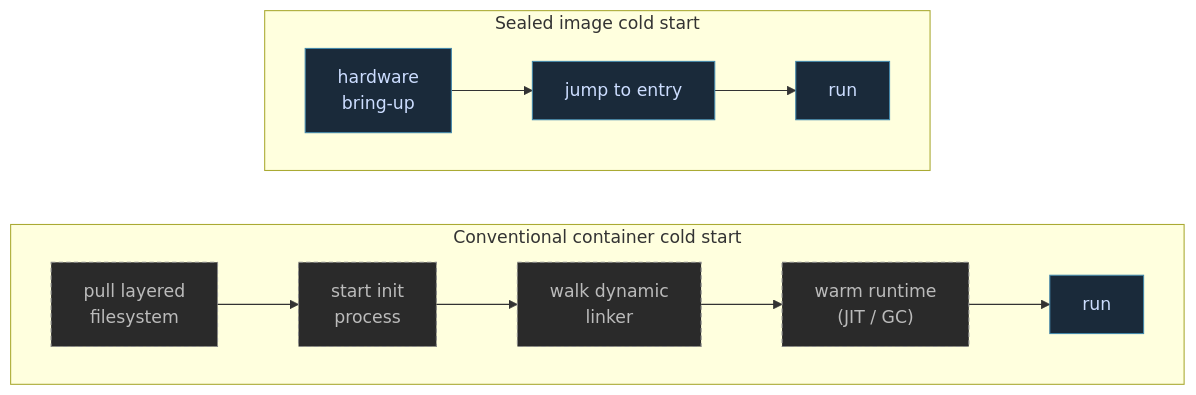
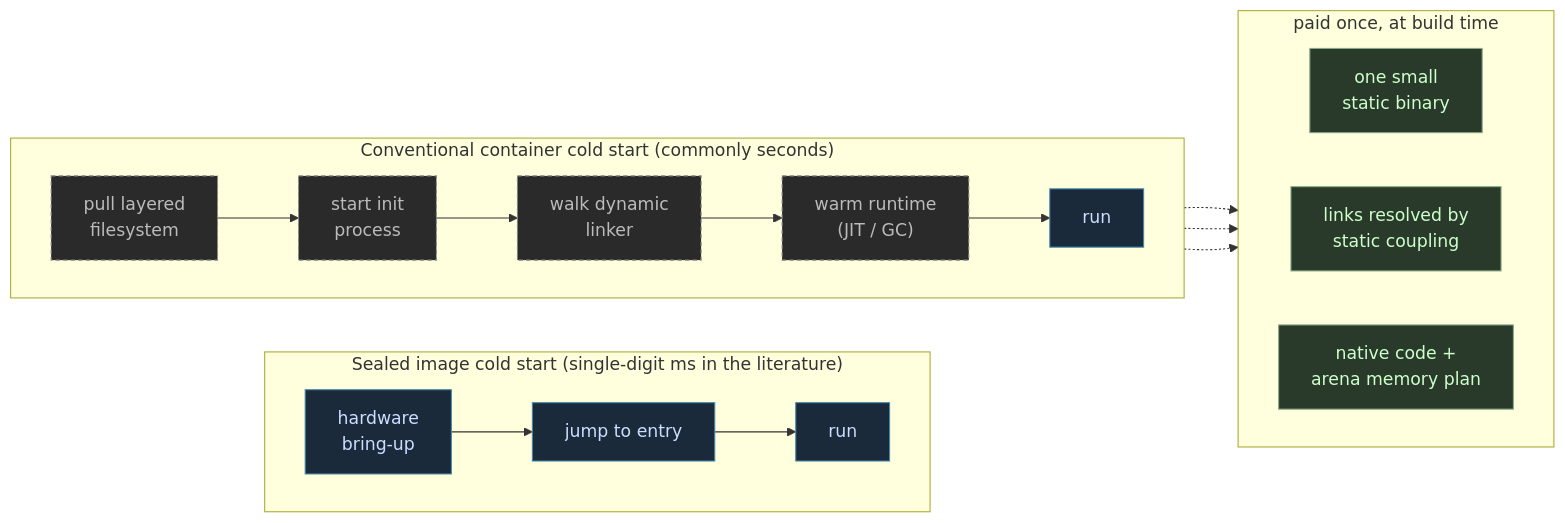
The third of 3 diagrams in hugo/content/blog/getting-to-the-heart-of-unikernels.md (FidelityFramework/clef-lang-site), drawn with Mermaid before and after one commit. The commit also changed other lines of this file, not shown here.

````diff
--- a/hugo/content/blog/getting-to-the-heart-of-unikernels.md
+++ b/hugo/content/blog/getting-to-the-heart-of-unikernels.md
@@ -121,17 +121,30 @@
 ```mermaid
 flowchart LR
-    subgraph CONV["Conventional container cold start"]
+
+    subgraph SEAL["Sealed image cold start (single-digit ms in the literature)"]
+        direction LR
+        S1["hardware<br/>bring-up"] --> S2["jump to entry"] --> S3["run"]
+    end
+    subgraph CONV["Conventional container cold start (commonly seconds)"]
         direction LR
         C1["pull layered<br/>filesystem"] --> C2["start init<br/>process"] --> C3["walk dynamic<br/>linker"] --> C4["warm runtime<br/>(JIT / GC)"] --> C5["run"]
     end
 
-    subgraph SEAL["Sealed image cold start"]
+    subgraph BUILD["paid once, at build time"]
         direction LR
-        S1["hardware<br/>bring-up"] --> S2["jump to entry"] --> S3["run"]
+        B1["one small<br/>static binary"]
+        B2["links resolved by<br/>static coupling"]
+        B3["native code +<br/>arena memory plan"]
     end
 
+    C1 -.-> B1
+    C3 -.-> B2
+    C4 -.-> B3
+
     classDef paid fill:#2a2a2a,stroke:#888,color:#bbb,stroke-dasharray:4 3;
+    classDef built fill:#2a3a2a,stroke:#8a8,color:#cfc;
     classDef fast fill:#1a2a3a,stroke:#48a,color:#cdf;
     class C1,C2,C3,C4 paid;
+    class B1,B2,B3 built;
     class C5,S1,S2,S3 fast;
 ```
````
